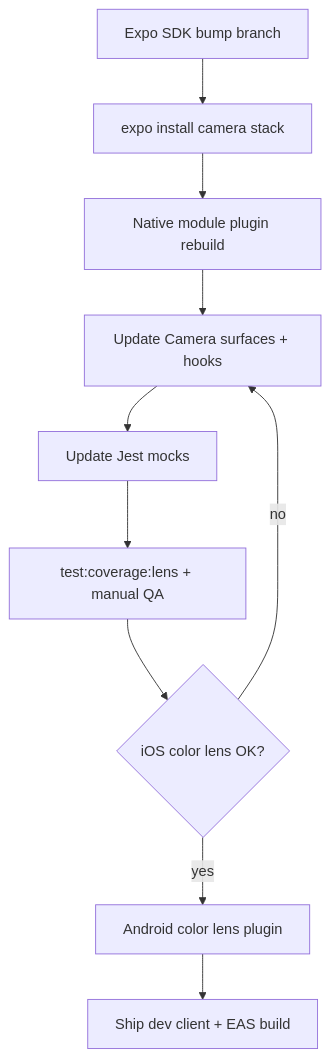
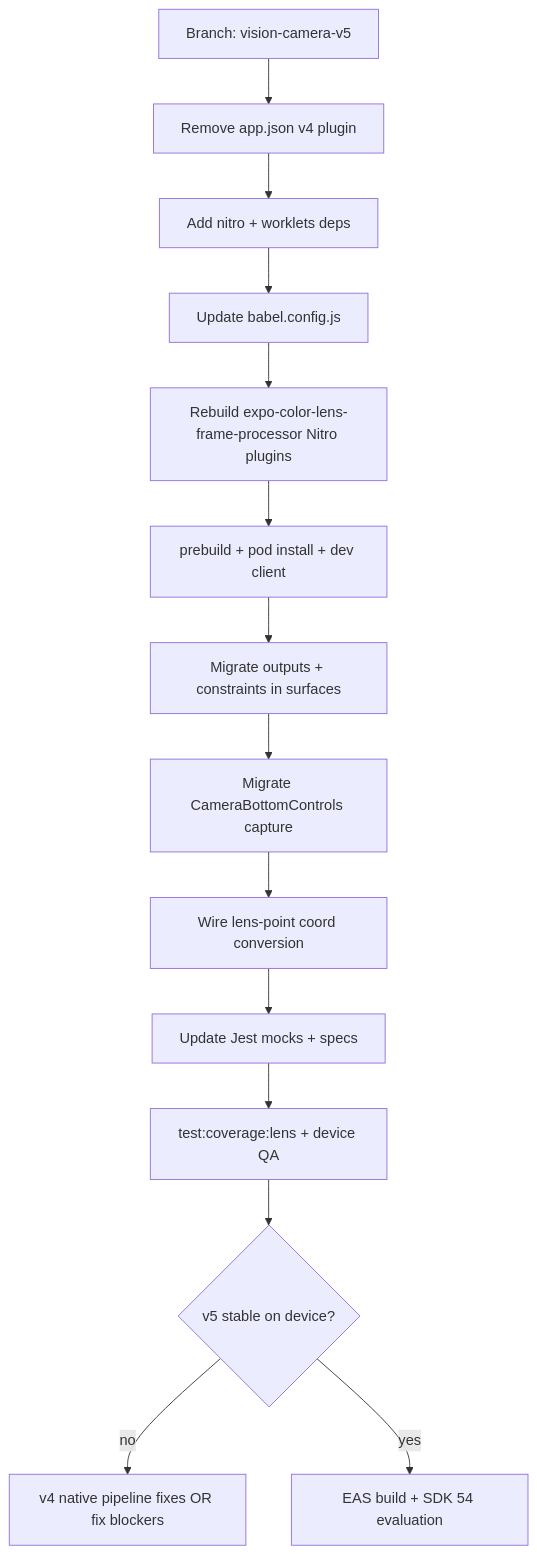
One commit to keithbmccall/affirmations changed the diagram in lib/features/Lens/VISION_CAMERA_V5_MIGRATION.md. Above: the diagram before and after it, drawn with Mermaid. The commit also changed other lines of this file and 353 other files, not shown here.

````diff
--- a/lib/features/Lens/VISION_CAMERA_V5_MIGRATION.md
+++ b/lib/features/Lens/VISION_CAMERA_V5_MIGRATION.md
@@ -81,12 +170,16 @@
 ```mermaid
 flowchart TD
-  A[Expo SDK bump branch] --> B[expo install camera stack]
-  B --> C[Native module plugin rebuild]
-  C --> D[Update Camera surfaces + hooks]
-  D --> E[Update Jest mocks]
-  E --> F[test:coverage:lens + manual QA]
-  F --> G{iOS color lens OK?}
-  G -->|yes| H[Android color lens plugin]
-  G -->|no| D
-  H --> I[Ship dev client + EAS build]
+  A[Branch: vision-camera-v5] --> B[Remove app.json v4 plugin]
+  B --> C[Add nitro + worklets deps]
+  C --> D[Update babel.config.js]
+  D --> E[Rebuild expo-color-lens-frame-processor Nitro plugins]
+  E --> F[prebuild + pod install + dev client]
+  F --> G[Migrate outputs + constraints in surfaces]
+  G --> H[Migrate CameraBottomControls capture]
+  H --> I[Wire lens-point coord conversion]
+  I --> J[Update Jest mocks + specs]
+  J --> K[test:coverage:lens + device QA]
+  K --> L{v5 stable on device?}
+  L -->|no| M[v4 native pipeline fixes OR fix blockers]
+  L -->|yes| N[EAS build + SDK 54 evaluation]
 ```
````
